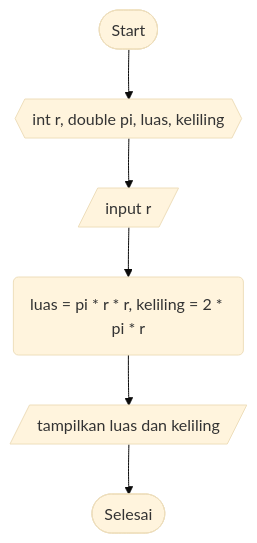
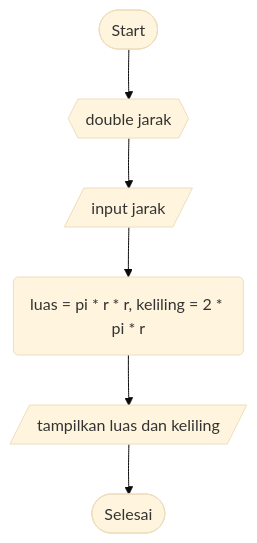
Before and after one commit to SATRIODIANNUGROHO/Sample2.1: the diagram in JustForFun.md, drawn with Mermaid (base theme).

````diff
--- a/JustForFun.md
+++ b/JustForFun.md
@@ -3,8 +3,8 @@
 ```mermaid
 graph TD;
-    A([Start])-->B{{int r, double pi, luas, keliling}};
-    B{{int r, double pi, luas, keliling}}-->C[/input r/];
-    C[/input r/]-->D(luas = pi * r * r, keliling = 2 * pi * r);
+    A([Start])-->B{{double jarak}};
+    B{{double jarak}}-->C[/input jarak/];
+    C[/input jarak/]-->D{luas = pi * r * r, keliling = 2 * pi * r};
     D(luas = pi * r * r, keliling = 2 * pi * r)-->E[/tampilkan luas dan keliling/];
     E[/tampilkan luas dan keliling/]-->F([Selesai]);
 ```
````
